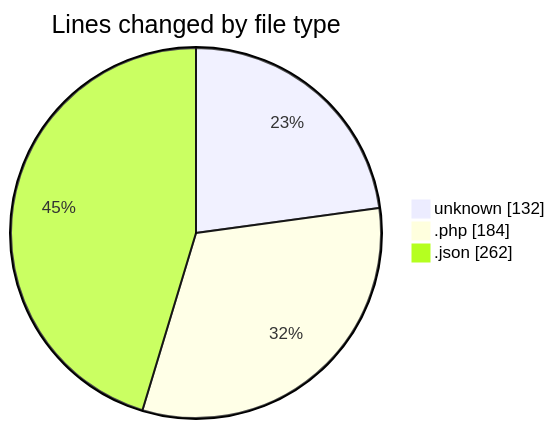
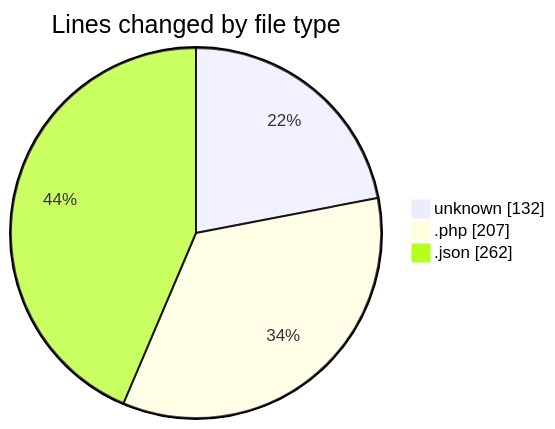
One commit to idhammustaqopulfikri/code-tracking changed the first of 2 diagrams in 2025-11-13/futsal-recommender/README.md. Above: the diagram before and after it, drawn with Mermaid. The commit also changed other lines of this file and 1 other file, not shown here.

````diff
--- a/2025-11-13/futsal-recommender/README.md
+++ b/2025-11-13/futsal-recommender/README.md
@@ -24,7 +24,7 @@
 ```mermaid
 pie showData
 title Lines changed by file type
 "unknown" : 132
-".php" : 184
+".php" : 207
 ".json" : 262
 ```
````
